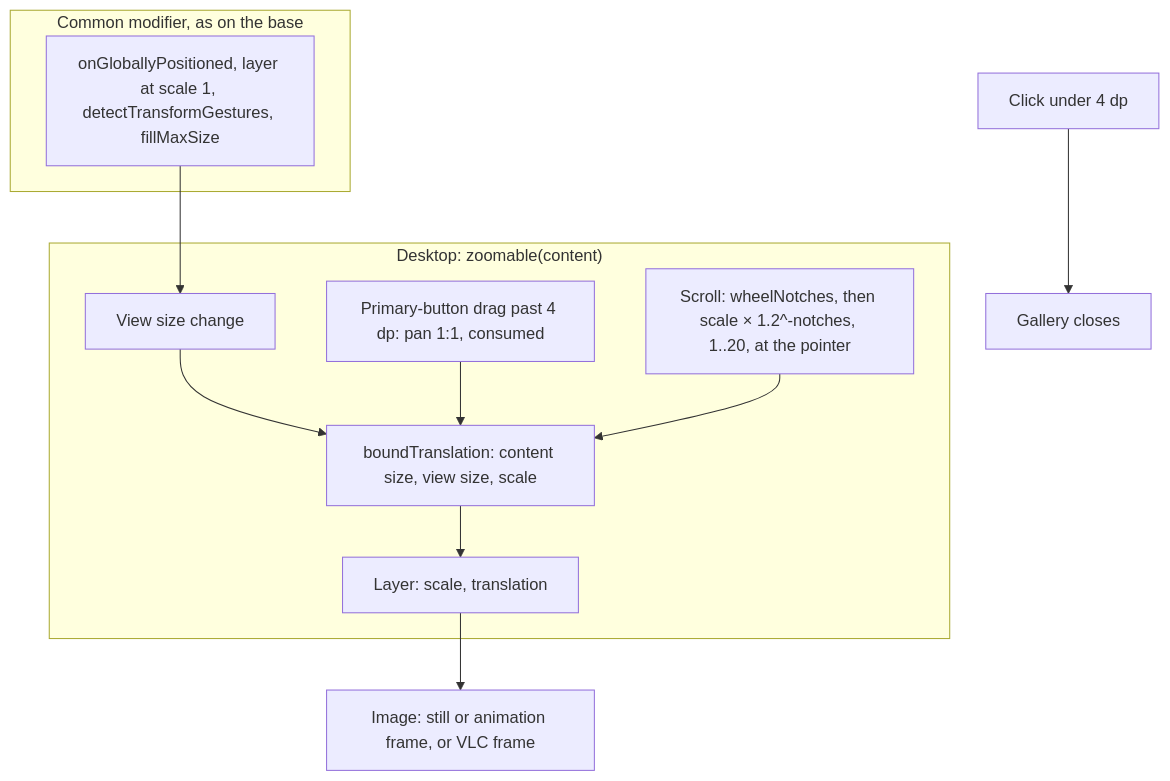
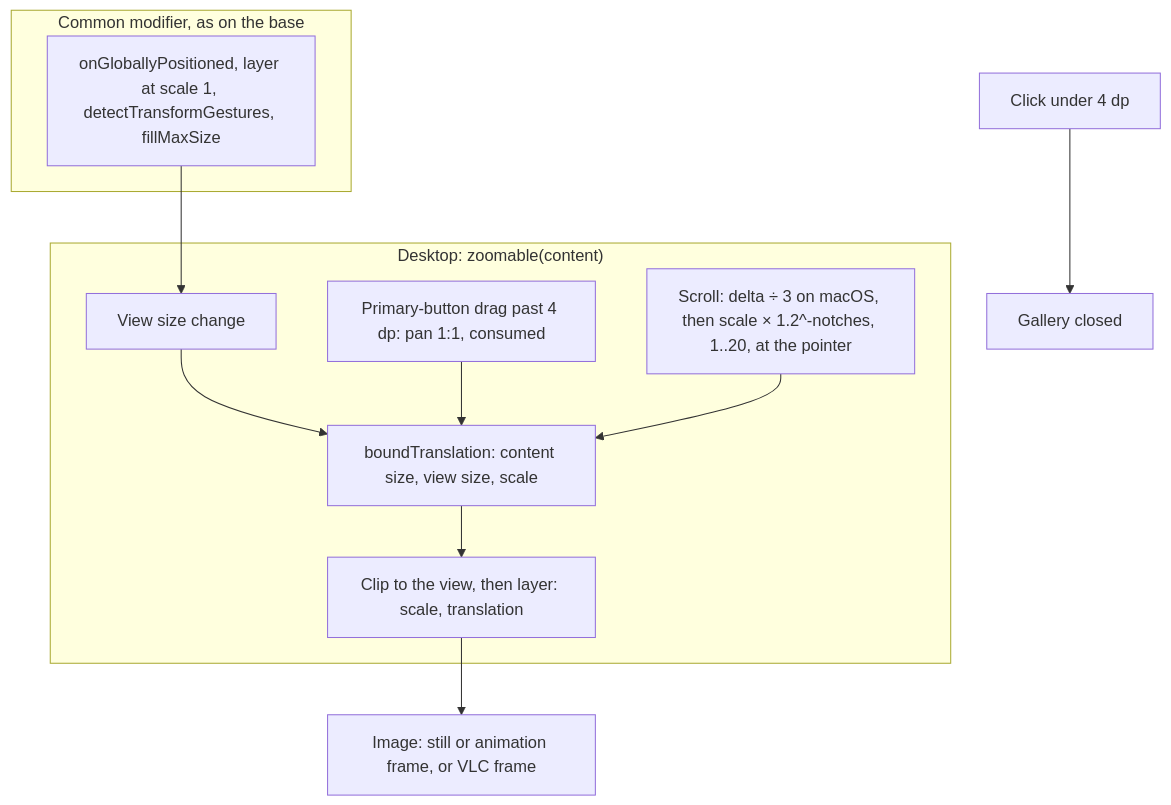
One commit to simplex-chat/simplex-chat changed the diagram in plans/2026-11-15-desktop-image-zoom.md. Above: the diagram before and after it, drawn with Mermaid. The commit also changed other lines of this file, not shown here.

````diff
--- a/plans/2026-11-15-desktop-image-zoom.md
+++ b/plans/2026-11-15-desktop-image-zoom.md
@@ -24,15 +25,15 @@
 ```mermaid
 flowchart TD
   subgraph Common["Common modifier, as on the base"]
     C["onGloballyPositioned, layer at scale 1, detectTransformGestures, fillMaxSize"]
   end
   subgraph Zoomable["Desktop: zoomable(content)"]
     S[View size change] --> B
     D["Primary-button drag past 4 dp: pan 1:1, consumed"] --> B
-    W["Scroll: wheelNotches, then scale × 1.2^-notches, 1..20, at the pointer"] --> B
-    B["boundTranslation: content size, view size, scale"] --> L[Layer: scale, translation]
+    W["Scroll: delta ÷ 3 on macOS, then scale × 1.2^-notches, 1..20, at the pointer"] --> B
+    B["boundTranslation: content size, view size, scale"] --> L["Clip to the view, then layer: scale, translation"]
   end
   C --> S
   L --> I["Image: still or animation frame, or VLC frame"]
-  K[Click under 4 dp] --> X[Gallery closes]
+  K[Click under 4 dp] --> X[Gallery closed]
 ```
````
